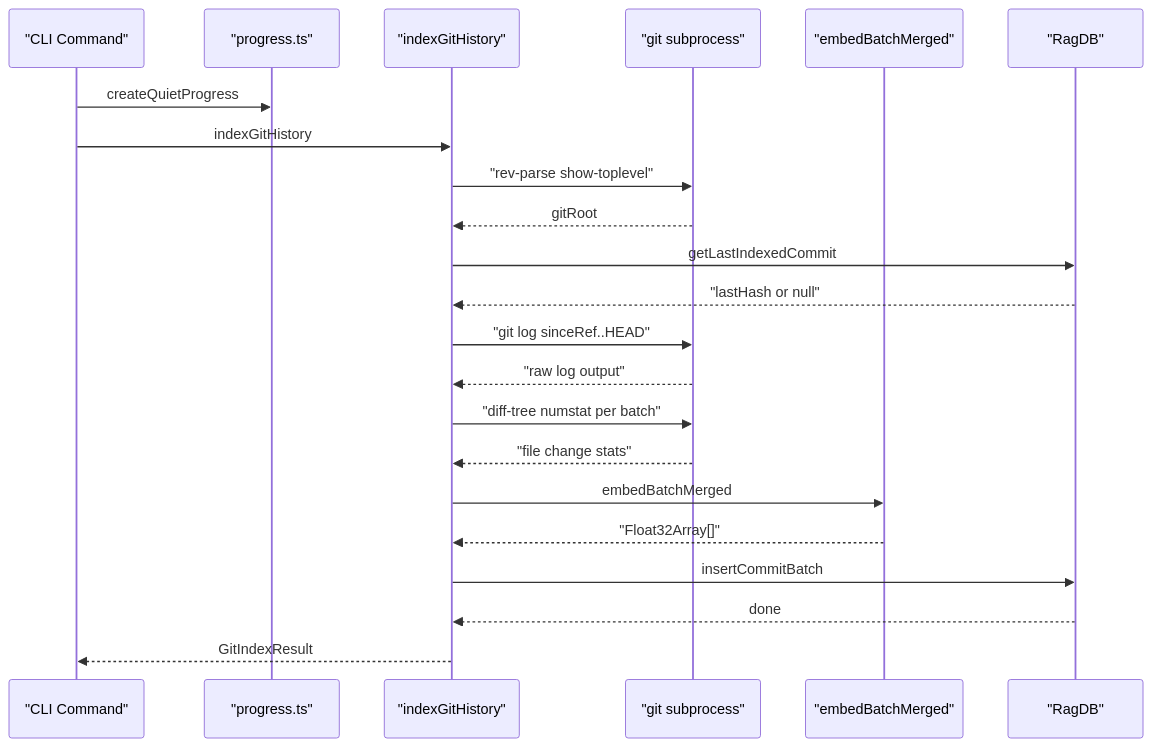
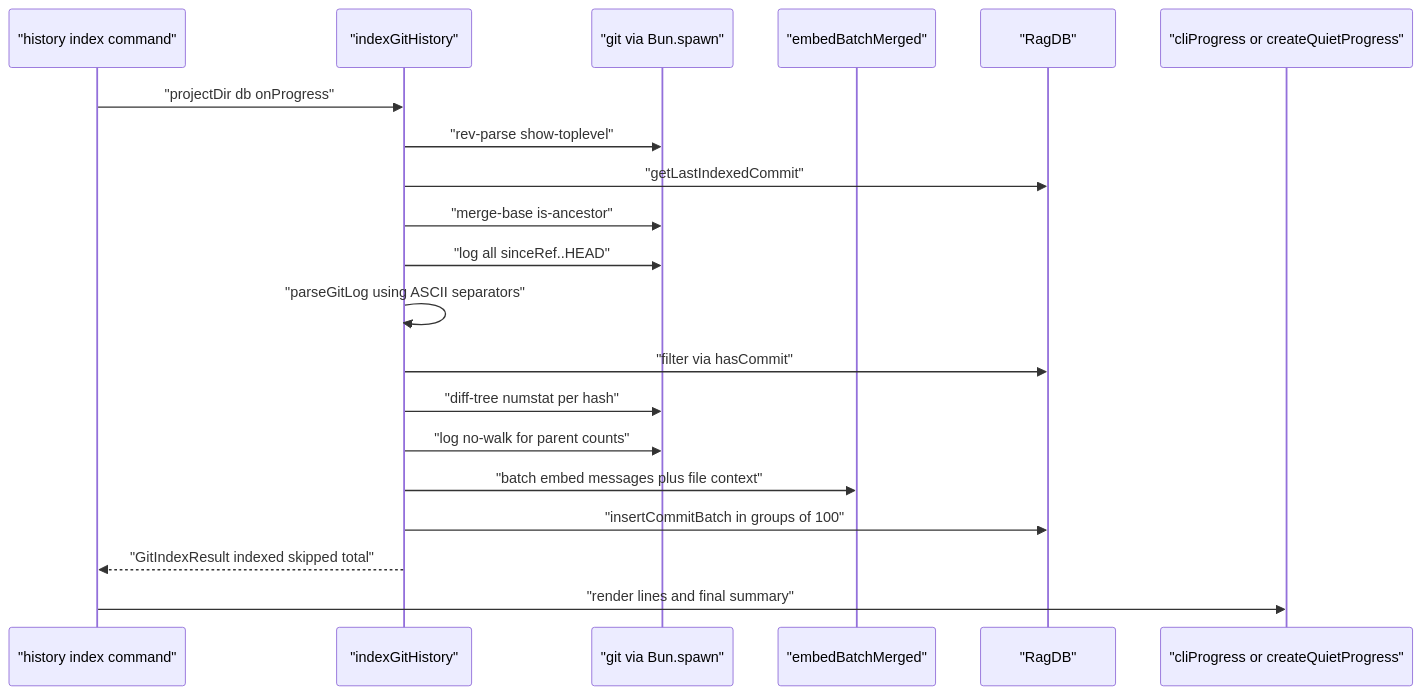
Before and after one commit to TheWinci/mimirs: the first of 2 diagrams in wiki/communities/git-indexer-progress.md, drawn with Mermaid. The commit also changed other lines of this file and 36 other files, not shown here.

````diff
--- a/wiki/communities/git-indexer-progress.md
+++ b/wiki/communities/git-indexer-progress.md
@@ -11,25 +11,22 @@
 ```mermaid
 sequenceDiagram
-  participant cli as "CLI Command"
-  participant prog as "progress.ts"
-  participant idx as "indexGitHistory"
-  participant git as "git subprocess"
-  participant embed as "embedBatchMerged"
-  participant db as "RagDB"
-
-  cli->>prog: createQuietProgress
-  cli->>idx: indexGitHistory
-  idx->>git: "rev-parse show-toplevel"
-  git-->>idx: gitRoot
-  idx->>db: getLastIndexedCommit
-  db-->>idx: "lastHash or null"
-  idx->>git: "git log sinceRef..HEAD"
-  git-->>idx: "raw log output"
-  idx->>git: "diff-tree numstat per batch"
-  git-->>idx: "file change stats"
-  idx->>embed: embedBatchMerged
-  embed-->>idx: "Float32Array[]"
-  idx->>db: insertCommitBatch
-  db-->>idx: done
-  idx-->>cli: GitIndexResult
+    participant cmd as "history index command"
+    participant indexerMod as "indexGitHistory"
+    participant gitProc as "git via Bun.spawn"
+    participant embedFn as "embedBatchMerged"
+    participant ragdb as "RagDB"
+    participant prog as "cliProgress or createQuietProgress"
+    cmd->>indexerMod: "projectDir db onProgress"
+    indexerMod->>gitProc: "rev-parse show-toplevel"
+    indexerMod->>ragdb: "getLastIndexedCommit"
+    indexerMod->>gitProc: "merge-base is-ancestor"
+    indexerMod->>gitProc: "log all sinceRef..HEAD"
+    indexerMod->>indexerMod: "parseGitLog using ASCII separators"
+    indexerMod->>ragdb: "filter via hasCommit"
+    indexerMod->>gitProc: "diff-tree numstat per hash"
+    indexerMod->>gitProc: "log no-walk for parent counts"
+    indexerMod->>embedFn: "batch embed messages plus file context"
+    indexerMod->>ragdb: "insertCommitBatch in groups of 100"
+    indexerMod-->>cmd: "GitIndexResult indexed skipped total"
+    cmd->>prog: "render lines and final summary"
 ```
````
